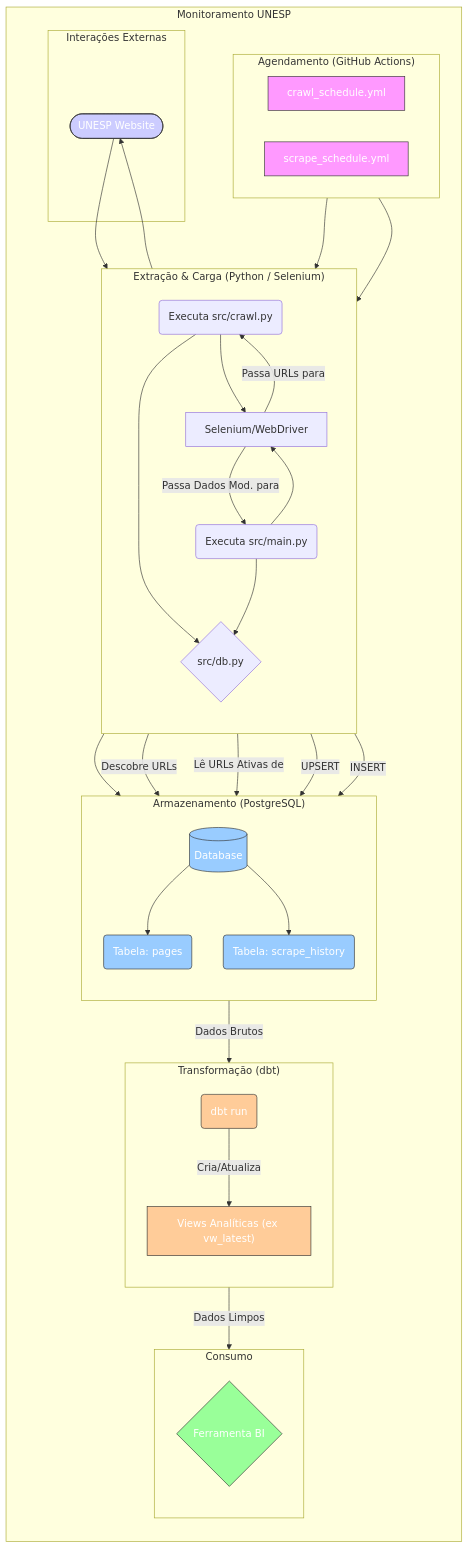
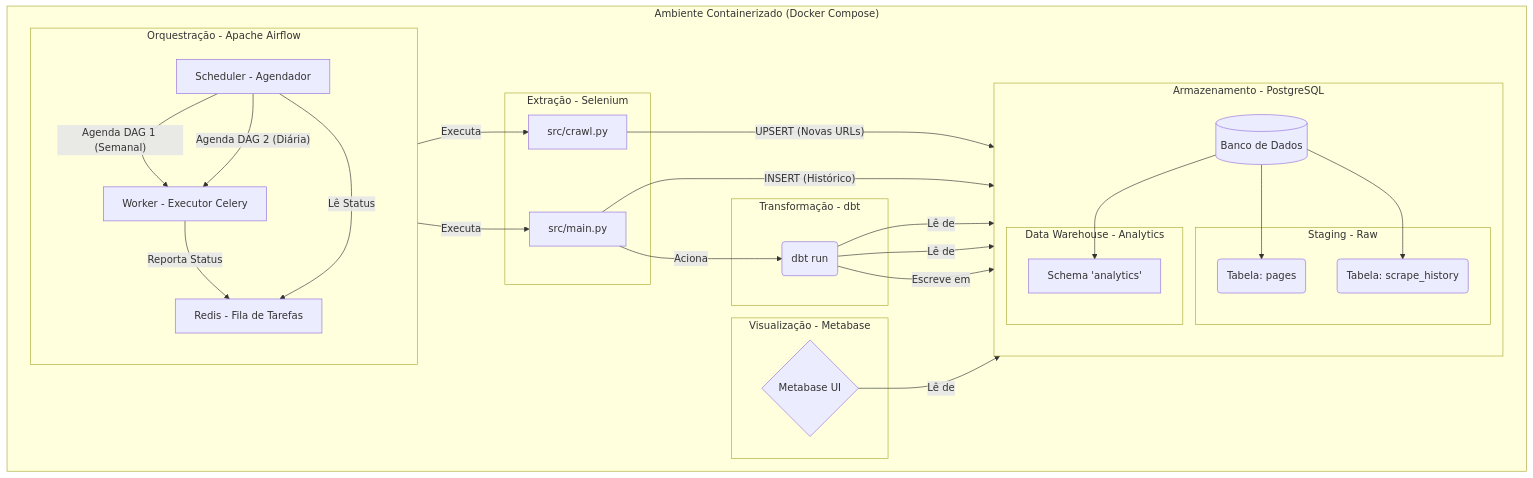
The diagram in README.md (luizobara-unesp/webcrawling), drawn with Mermaid before and after one commit. The commit also changed other lines of this file, not shown here.

````diff
--- a/README.md
+++ b/README.md
@@ -9,85 +24,55 @@
 ```mermaid
 graph TD
-    %% === Define um Subgrafo Principal para agrupar tudo ===
-    subgraph "Monitoramento UNESP"
-        direction TB
-
-        %% === 1. Define Nodes ===
-        A[crawl_schedule.yml];
-        B(Executa src/crawl.py);
-        C[scrape_schedule.yml];
-        D(Executa src/main.py);
-        E{src/db.py};
-        F[Selenium/WebDriver];
-        G([UNESP Website]);
-        H[(Database)];
-        I(Tabela: pages);
-        J(Tabela: scrape_history);
-        K(dbt run);
-        L["Views Analíticas (ex vw_latest)"];
-        M{Ferramenta BI};
-
-        %% === 2. Define Subgraphs Internos ===
-        subgraph sg_Agendamento ["Agendamento (GitHub Actions)"]
-            direction LR
-            A; C;
+    subgraph "Ambiente Containerizado (Docker Compose)"
+        direction LR
+        subgraph "Orquestração - Apache Airflow"
+            direction TB
+            scheduler[Scheduler - Agendador]
+            worker[Worker - Executor Celery]
+            redis[Redis - Fila de Tarefas]
+            
+            scheduler -- "Agenda DAG 1 (Semanal)" --> worker
+            scheduler -- "Agenda DAG 2 (Diária)" --> worker
+            worker -- "Reporta Status" --> redis
+            scheduler -- "Lê Status" --> redis
         end
 
-        subgraph sg_ExtracaoCarga ["Extração & Carga (Python / Selenium)"]
-            direction TB
-            B; D; E; F;
+        subgraph "Extração - Selenium"
+            B[src/crawl.py]
+            D[src/main.py]
         end
 
-        subgraph sg_Externo ["Interações Externas"]
-             G;
+        subgraph "Armazenamento - PostgreSQL"
+            direction TB
+            H[(Banco de Dados)]
+            subgraph "Staging - Raw"
+                I(Tabela: pages)
+                J(Tabela: scrape_history)
+            end
+            subgraph "Data Warehouse - Analytics"
+                 L[Schema 'analytics']
+            end
+            
+            H --> I & J & L
         end
 
-        subgraph sg_Armazenamento ["Armazenamento (PostgreSQL)"]
-            direction TB
-            H; I; J;
+        subgraph "Transformação - dbt"
+            K(dbt run)
         end
 
-        subgraph sg_Transformacao ["Transformação (dbt)"]
-            direction TB
-            K; L;
+        subgraph "Visualização - Metabase"
+            M{Metabase UI}
         end
+    end
 
-        subgraph sg_Consumo ["Consumo"]
-            direction TB
-            M;
-        end
-    end 
-
-    %% === 3. Define Links ===
-    A --> B;    
-    C --> D;
-    B --> E;    
-    D --> E;
-    B --> F;
-    D --> F;
-    F --> G;    
-    G --> F;
-    E --> H;    
-    H --> I;    
-    H --> J;
-    B -- Descobre URLs --> I; 
-    D -- Lê URLs Ativas de --> I; 
-    F -- Passa URLs para --> B; 
-    F -- Passa Dados Mod. para --> D; 
-    B -- UPSERT --> I; 
-    D -- INSERT --> J; 
-    H -- Dados Brutos --> K; 
-    K -- Cria/Atualiza --> L; 
-    L -- Dados Limpos --> M; 
-
-    %% === 4. Define Styles ===
-    style A fill:#f9f,stroke:#333,stroke-width:1px, color: white
-    style C fill:#f9f,stroke:#333,stroke-width:1px, color: white
-    style G fill:#ccf,stroke:#333,stroke-width:1px, color: white
-    style H fill:#9cf,stroke:#333,stroke-width:1px, color: white
-    style I fill:#9cf,stroke:#333,stroke-width:1px, color: white
-    style J fill:#9cf,stroke:#333,stroke-width:1px, color: white
-    style K fill:#FFCC99,stroke:#333,stroke-width:1px, color: white
-    style L fill:#FFCC99,stroke:#333,stroke-width:1px, color: white
-    style M fill:#99FF99,stroke:#333,stroke-width:1px, color: white
+    %% === Links da Pipeline ===
+    worker -- "Executa" --> B
+    worker -- "Executa" --> D
+    B -- "UPSERT (Novas URLs)" --> I
+    D -- "INSERT (Histórico)" --> J
+    D -- "Aciona" --> K
+    K -- "Lê de" --> I
+    K -- "Lê de" --> J
+    K -- "Escreve em" --> L
+    M -- "Lê de" --> L
 ```
````
